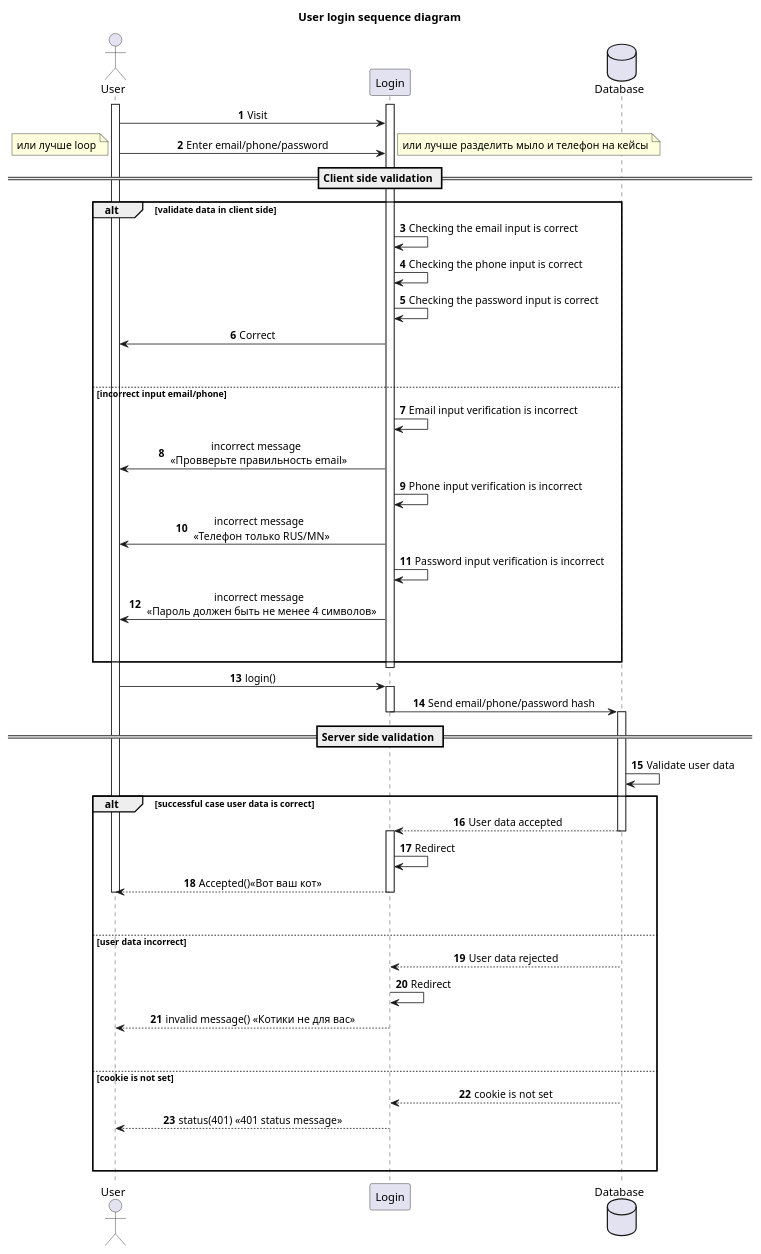
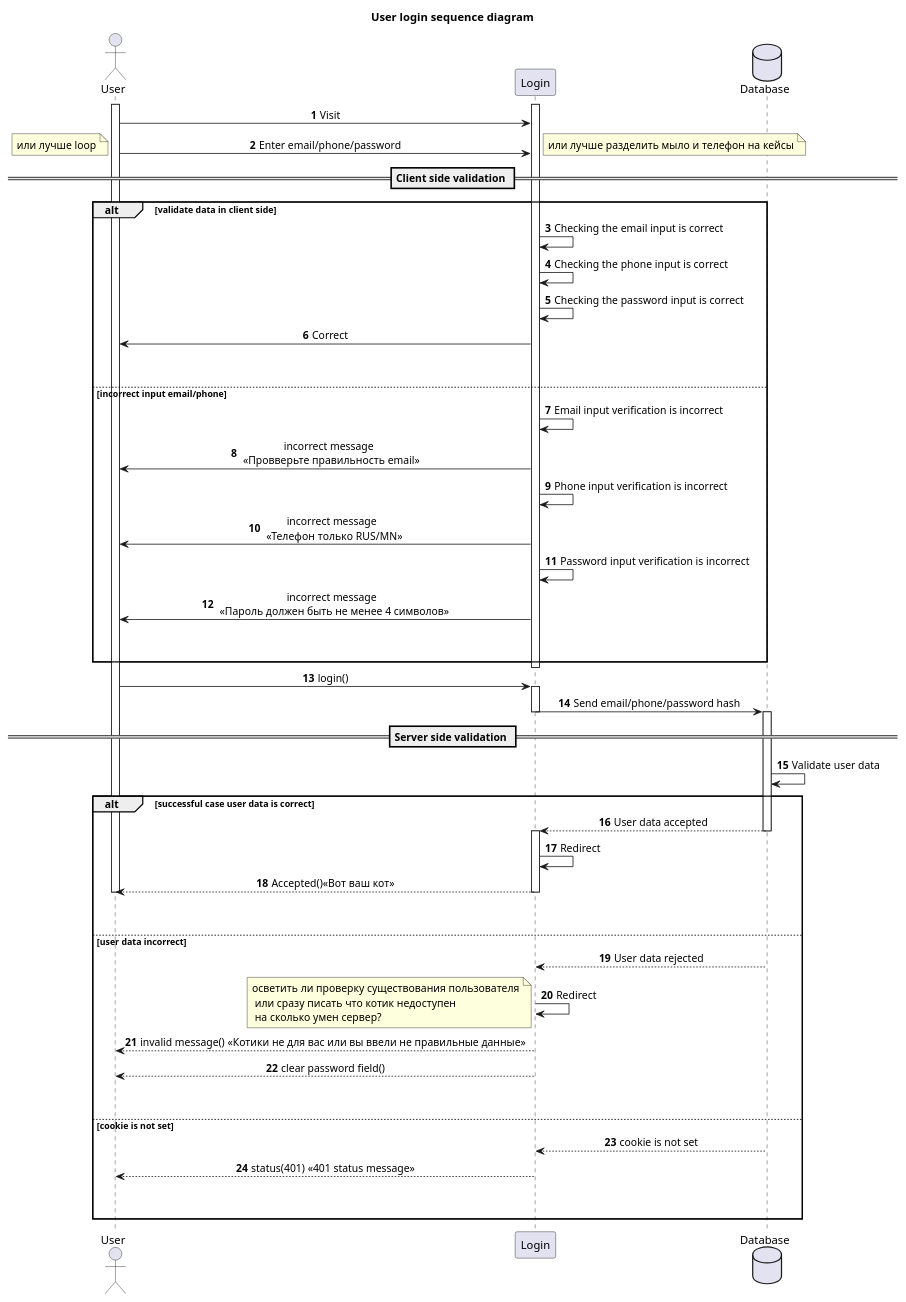
The diagram in Sucsessful_unsucsessful UML.puml (godoxyfair/igumenova_rmr_hw_server), drawn with PlantUML before and after one commit.

Commit message:
(un)successful case in progress (need hints)

```diff
--- a/Sucsessful_unsucsessful UML.puml
+++ b/Sucsessful_unsucsessful UML.puml
@@ -1,66 +1,68 @@
 @startuml
 'https://plantuml.com/sequence-diagram
 
 autonumber
 title User login sequence diagram
 actor User
 participant Login
 database  Database
 activate User
 activate Login
 
 skinparam sequenceMessageAlign center
 
 User -> Login: Visit
 User -> Login : Enter email/phone/password
 == Client side validation ==
 note left: или лучше loop
 note right: или лучше разделить мыло и телефон на кейсы
 alt validate data in client side
     Login -> Login: Checking the email input is correct
     Login -> Login: Checking the phone input is correct
     Login -> Login: Checking the password input is correct
     Login -> User: Correct
 ||45||
 else incorrect input email/phone
     Login -> Login: Email input verification is incorrect
     Login -> User: incorrect message \n <<Провверьте правильность email>>
     Login -> Login: Phone input verification is incorrect
     Login -> User: incorrect message \n <<Телефон только RUS/MN>>
     Login -> Login: Password input verification is incorrect
     Login -> User: incorrect message \n <<Пароль должен быть не менее 4 символов>>
 ||45||
 end
 
 deactivate Login
 User -> Login : login()
 
 activate Login
 Login -> Database: Send email/phone/password hash
 == Server side validation ==
 deactivate Login
 
 activate Database
 Database -> Database: Validate user data
 
 alt successful case user data is correct
     Database --> Login : User data accepted
     deactivate Database
     activate Login
     Login -> Login : Redirect
     Login --> User: Accepted()<<Вот ваш кот>>
     deactivate Login
     deactivate User
 ||45||
 else user data incorrect
     Database --> Login: User data rejected
     Login -> Login: Redirect
-    Login --> User: invalid message() <<Котики не для вас>>
+    note left: осветить ли проверку существования пользователя\n или сразу писать что котик недоступен\n на сколько умен сервер?
+    Login --> User: invalid message() <<Котики не для вас или вы ввели не правильные данные>>
+    Login --> User: clear password field()
 ||45||
 else cookie is not set
     Database --> Login: cookie is not set
     Login --> User: status(401) <<401 status message>>
 ||45||
 end
 
 @enduml
```
